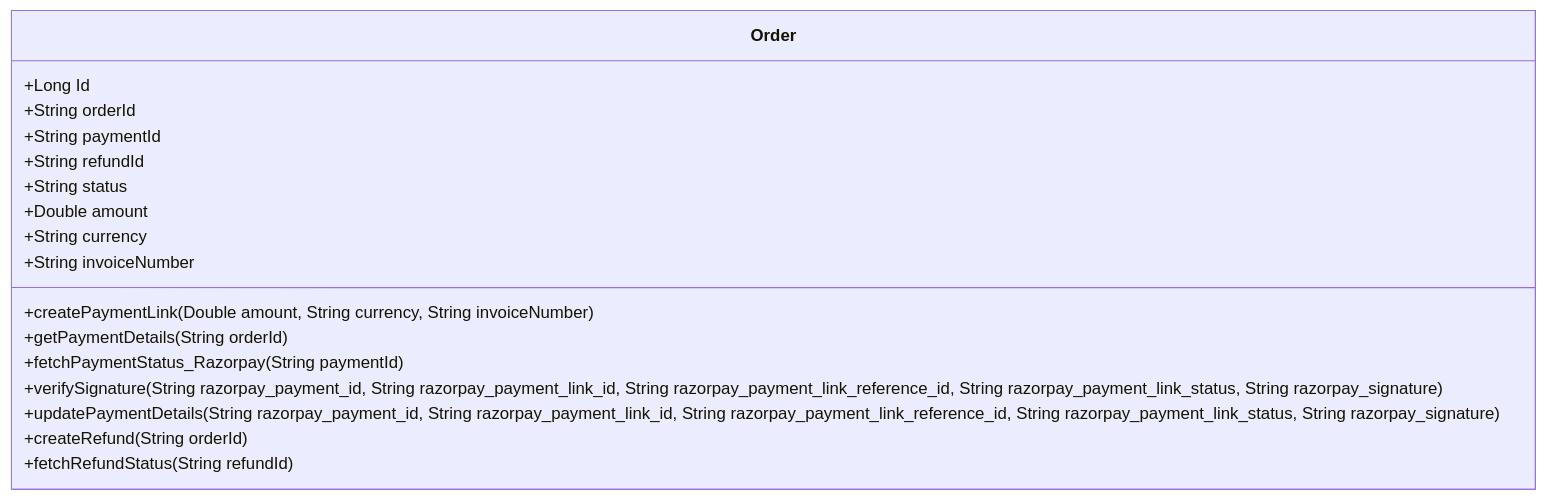
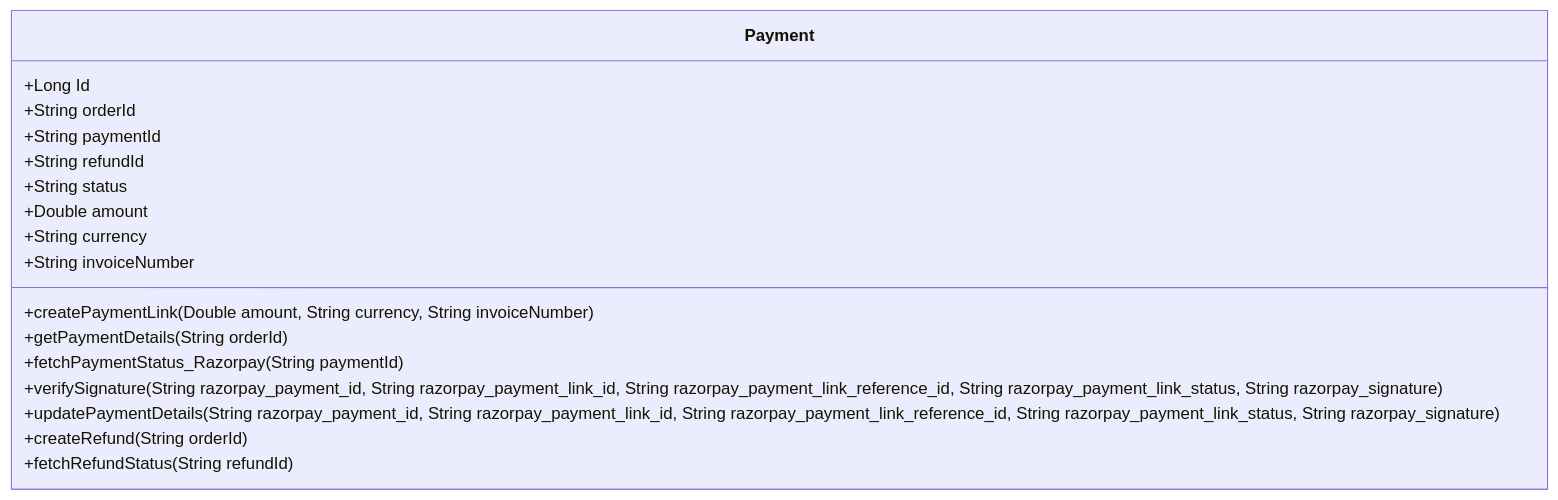
The diagram in ClassDiagrams/PaymentManagement.mmd (goelvinay5/WoolfProjectDocumentation), drawn with Mermaid before and after one commit. The commit also changed 2 other files, not shown here.

```diff
--- a/ClassDiagrams/PaymentManagement.mmd
+++ b/ClassDiagrams/PaymentManagement.mmd
@@ -1,18 +1,18 @@
 classDiagram
-    class Order {
+    class Payment {
         +Long Id
         +String orderId
         +String paymentId
         +String refundId
         +String status
         +Double amount
         +String currency
         +String invoiceNumber
         +createPaymentLink(Double amount, String currency, String invoiceNumber)
         +getPaymentDetails(String orderId) 
         +fetchPaymentStatus_Razorpay(String paymentId)
         +verifySignature(String razorpay_payment_id, String razorpay_payment_link_id, String razorpay_payment_link_reference_id, String razorpay_payment_link_status, String razorpay_signature)
         +updatePaymentDetails(String razorpay_payment_id, String razorpay_payment_link_id, String razorpay_payment_link_reference_id, String razorpay_payment_link_status, String razorpay_signature)
         +createRefund(String orderId) 
         +fetchRefundStatus(String refundId)
     }
```
